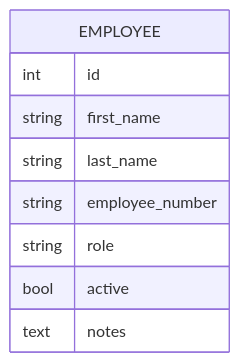
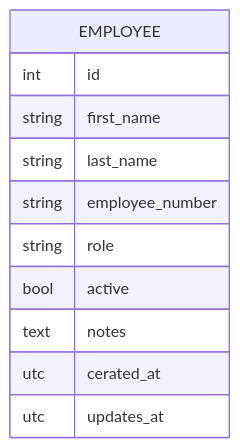
Before and after one commit to Dieter-W/la-server: the diagram in README_Database_Design.md, drawn with Mermaid. The commit also changed other lines of this file and 7 other files, not shown here.

````diff
--- a/README_Database_Design.md
+++ b/README_Database_Design.md
@@ -6,12 +8,14 @@
 ```mermaid
 erDiagram
     EMPLOYEE {
         int id
         string first_name
         string last_name
         string employee_number
         string role
         bool active
         text notes
+        utc cerated_at
+        utc updates_at
     }
 ```
````
